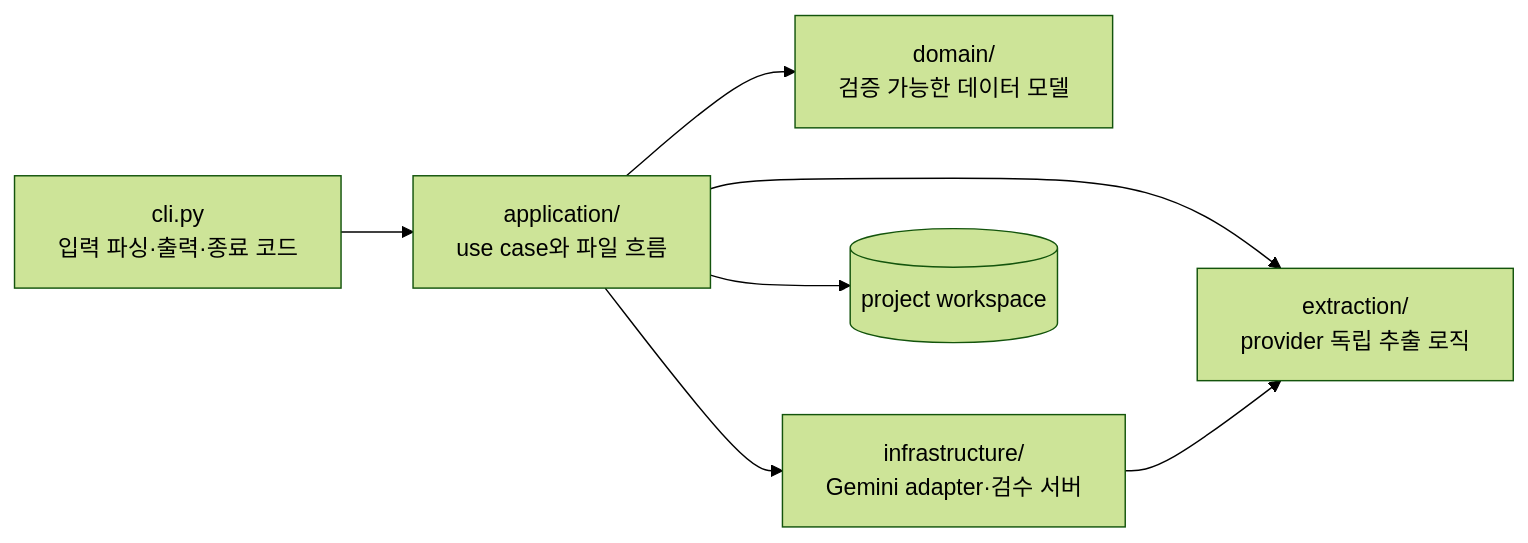
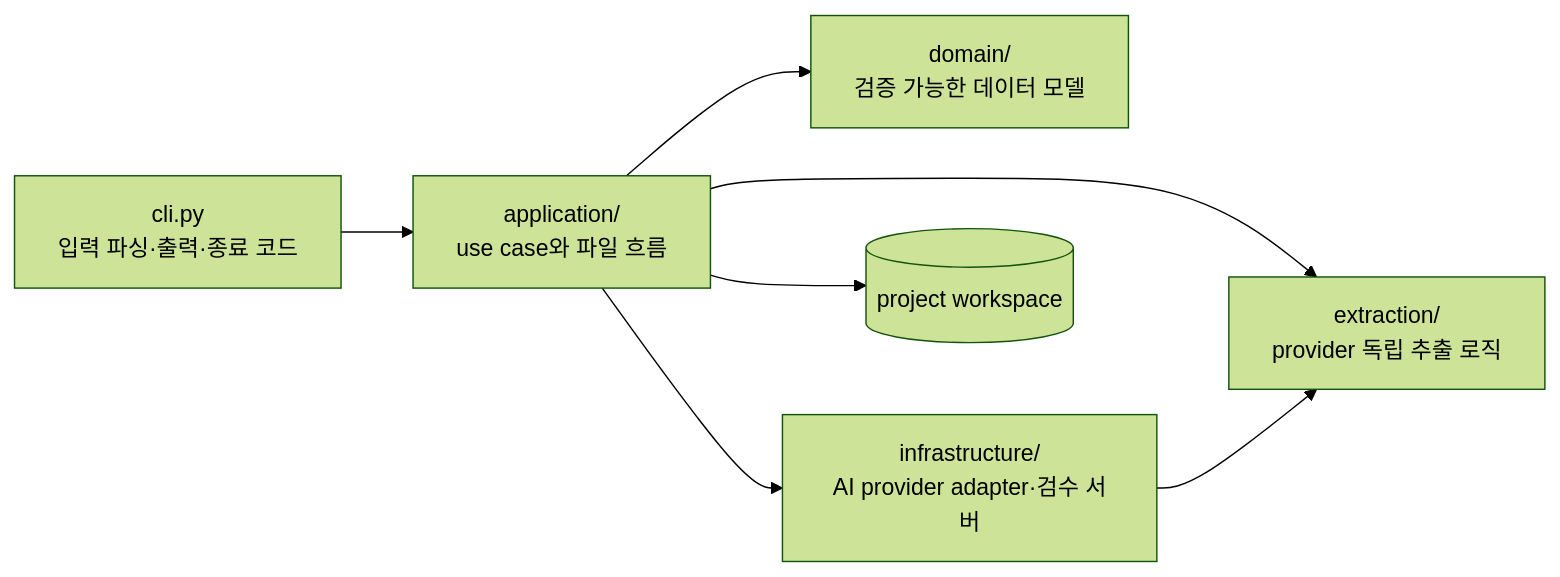
Before and after one commit to JJUN777/game-localization-kit: the diagram in docs/ARCHITECTURE.md, drawn with Mermaid (forest theme). The commit also changed other lines of this file and 32 other files, not shown here.

````diff
--- a/docs/ARCHITECTURE.md
+++ b/docs/ARCHITECTURE.md
@@ -28,9 +28,9 @@
 ```mermaid
 flowchart LR
     CLI[cli.py<br/>입력 파싱·출력·종료 코드] --> APP[application/<br/>use case와 파일 흐름]
     APP --> DOMAIN[domain/<br/>검증 가능한 데이터 모델]
     APP --> EXTRACT[extraction/<br/>provider 독립 추출 로직]
-    APP --> INFRA[infrastructure/<br/>Gemini adapter·검수 서버]
+    APP --> INFRA[infrastructure/<br/>AI provider adapter·검수 서버]
     INFRA --> EXTRACT
     APP --> FS[(project workspace)]
 ```
````
